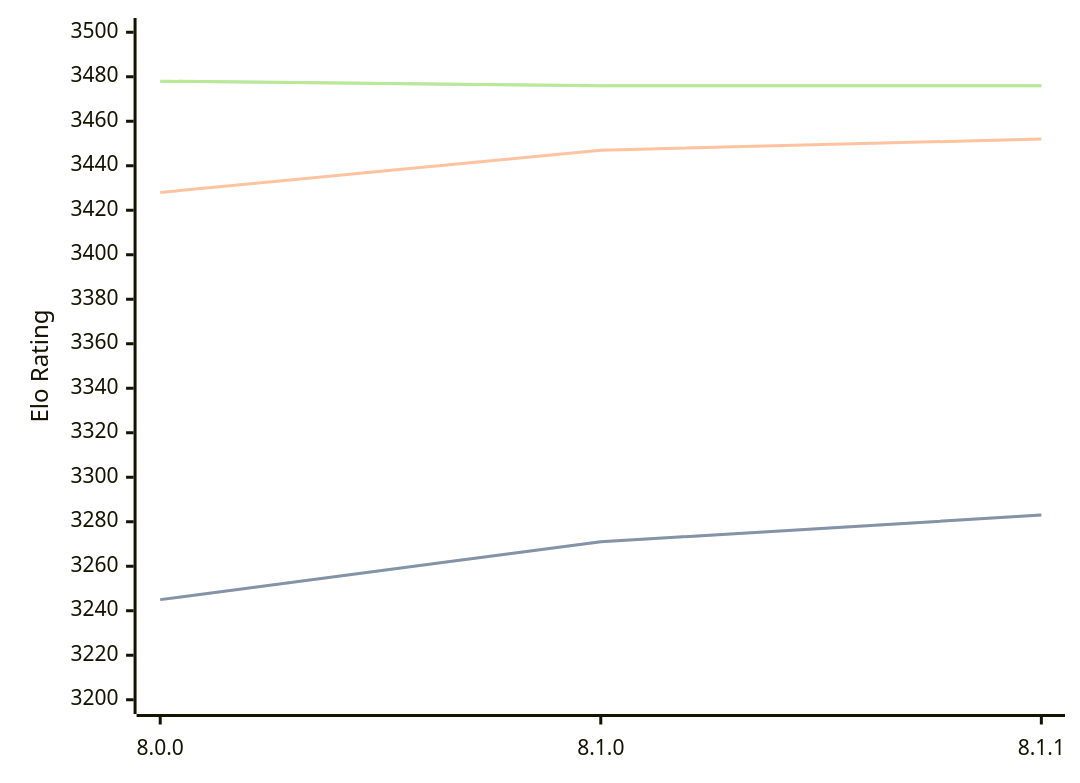
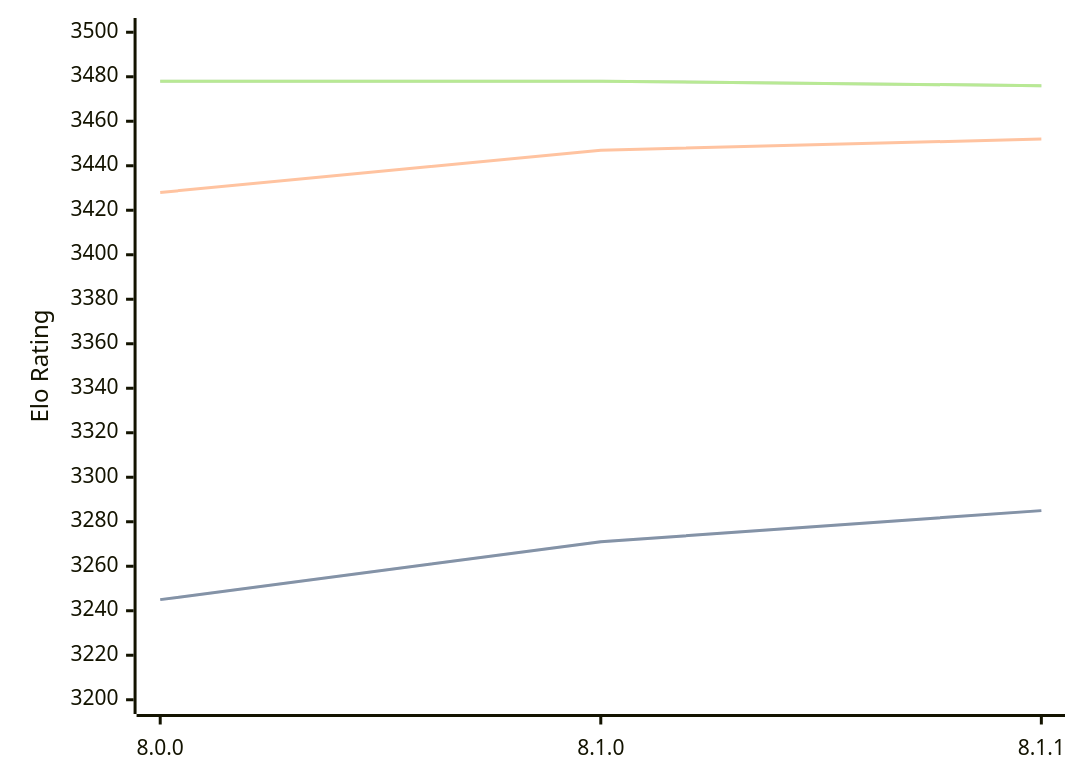
The diagram in engines/Velvet.md (computer-chess-index/cci), drawn with Mermaid before and after one commit. The commit also changed other lines of this file, not shown here.

Commit message:
Update CCI Ratings (ELO VLTC) - 2026-09-14

````diff
--- a/engines/Velvet.md
+++ b/engines/Velvet.md
@@ -33,11 +33,11 @@
 ```mermaid
 %%{init: {"theme":"base","themeVariables":{"seriesColors:['#a3a3a3','#222221','#faa371']}}}%%
 xychart-beta
   x-axis ["8.0.0", "8.1.0", "8.1.1"]
   y-axis "Elo Rating" 3200 --> 3500
-  line "" [3245, 3271, 3283]
-  line "STC (8.0+0.08s)" [3245, 3271, 3283]
+  line "" [3245, 3271, 3285]
+  line "STC (8.0+0.08s)" [3245, 3271, 3285]
   line "LTC (60.0+0.60s)" [3428, 3447, 3452]
-  line "" [3478, 3476, 3476]
-  line "VLTC (2m24s+1.12s)" [3478, 3476, 3476]
+  line "" [3478, 3478, 3476]
+  line "VLTC (2m24s+1.12s)" [3478, 3478, 3476]
 ```
````
